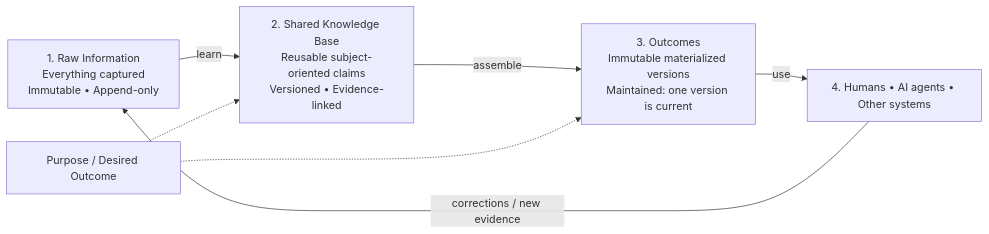
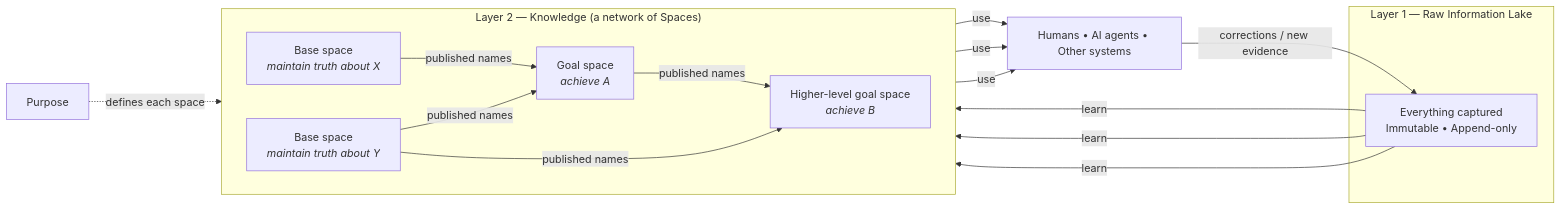
The second of 4 diagrams in docs/purpose-driven-personal-ai-product-vision.md (FeiniaoWang/kb), drawn with Mermaid before and after one commit. The commit also changed other lines of this file, not shown here.

Commit message:
remove the outcome layer

````diff
--- a/docs/purpose-driven-personal-ai-product-vision.md
+++ b/docs/purpose-driven-personal-ai-product-vision.md
@@ -915,15 +1169,31 @@
 ```mermaid
 flowchart LR
-    R["1. Raw Information<br/>Everything captured<br/>Immutable • Append-only"]
-    K["2. Shared Knowledge Base<br/>Reusable subject-oriented claims<br/>Versioned • Evidence-linked"]
-    O["3. Outcomes<br/>Immutable materialized versions<br/>Maintained: one version is current"]
-    C["4. Humans • AI agents • Other systems"]
-    P["Purpose / Desired Outcome"]
+    subgraph L1["Layer 1 — Raw Information Lake"]
+        R["Everything captured<br/>Immutable • Append-only"]
+    end
 
-    R -->|"learn"| K
-    K -->|"assemble"| O
-    O -->|"use"| C
+    subgraph L2["Layer 2 — Knowledge (a network of Spaces)"]
+        direction LR
+        B1["Base space<br/><i>maintain truth about X</i>"]
+        B2["Base space<br/><i>maintain truth about Y</i>"]
+        G1["Goal space<br/><i>achieve A</i>"]
+        G2["Higher-level goal space<br/><i>achieve B</i>"]
+
+        B1 -->|"published names"| G1
+        B2 -->|"published names"| G1
+        B2 -->|"published names"| G2
+        G1 -->|"published names"| G2
+    end
+
+    C["Humans • AI agents • Other systems"]
+    P["Purpose"]
+
+    R -->|"learn"| B1
+    R -->|"learn"| B2
+    R -->|"learn"| G1
+    G1 -->|"use"| C
+    G2 -->|"use"| C
+    B1 -->|"use"| C
     C -->|"corrections / new evidence"| R
-    P -.-> K
-    P -.-> O
+    P -.->|"defines each space"| L2
 ```
````
